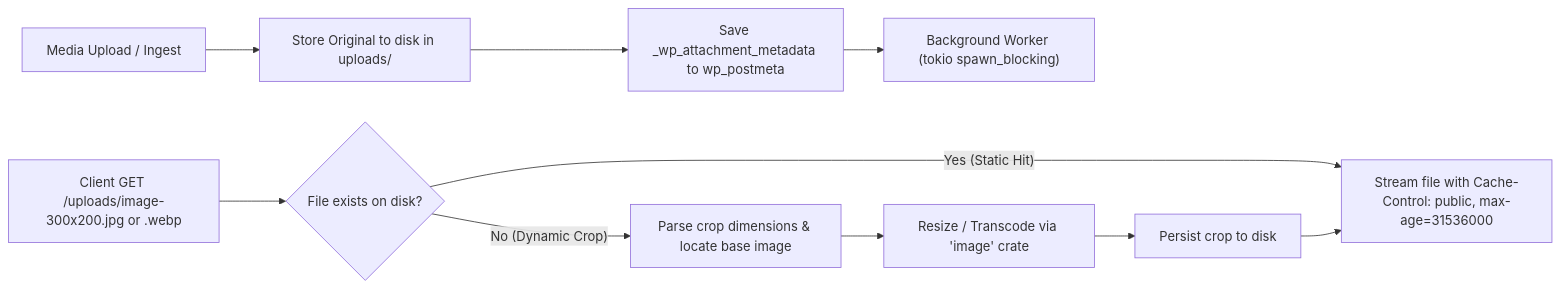
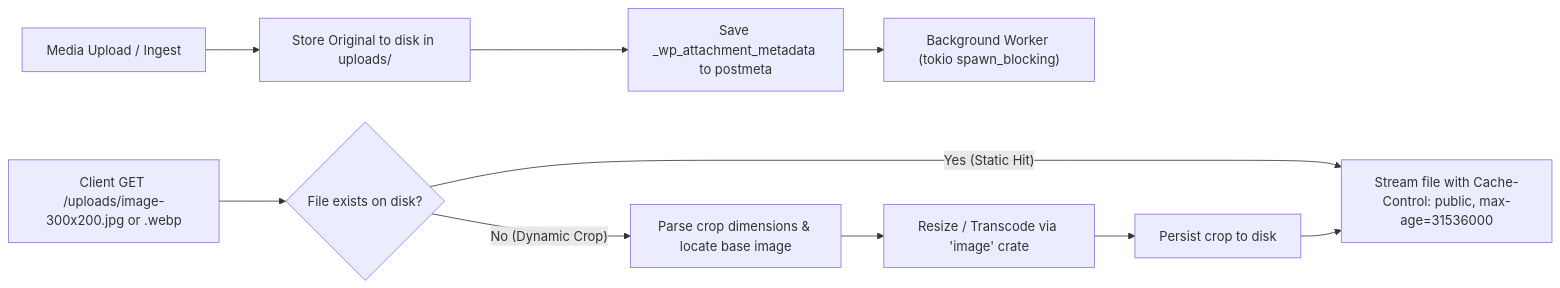
The eighth of 10 diagrams in ARCHITECTURE.md (Trooper-lab/Daypress), drawn with Mermaid before and after one commit. The commit also changed other lines of this file and 704 other files, not shown here.

````diff
--- a/ARCHITECTURE.md
+++ b/ARCHITECTURE.md
@@ -594,13 +594,13 @@
 ```mermaid
 flowchart LR
     Upload["Media Upload / Ingest"] --> StoreOriginal["Store Original to disk in uploads/"]
-    StoreOriginal --> SaveMeta["Save _wp_attachment_metadata to wp_postmeta"]
+    StoreOriginal --> SaveMeta["Save _wp_attachment_metadata to postmeta"]
     SaveMeta --> SpawnBg["Background Worker (tokio spawn_blocking)"]
     
     Client["Client GET /uploads/image-300x200.jpg or .webp"] --> ExistsCheck{"File exists on disk?"}
     ExistsCheck -->|"Yes (Static Hit)"| ServeCached["Stream file with Cache-Control: public, max-age=31536000"]
     ExistsCheck -->|"No (Dynamic Crop)"| DeriveOriginal["Parse crop dimensions & locate base image"]
     DeriveOriginal --> ResizeImage["Resize / Transcode via 'image' crate"]
     ResizeImage --> WriteDisk["Persist crop to disk"]
     WriteDisk --> ServeCached
 ```
````
